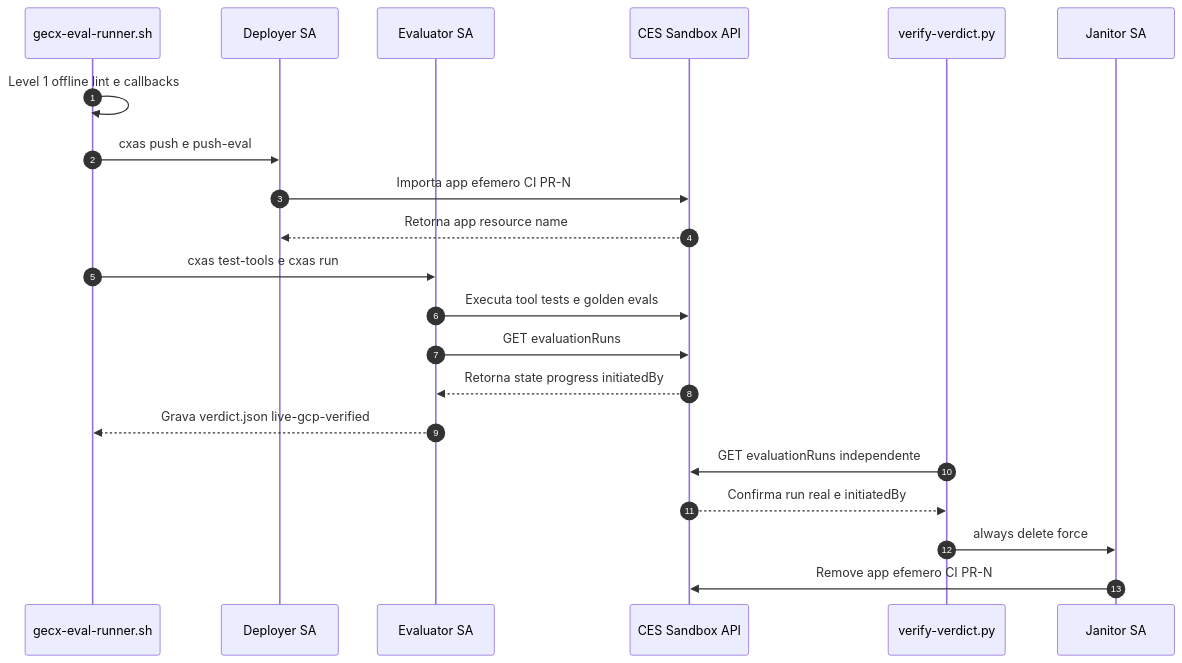
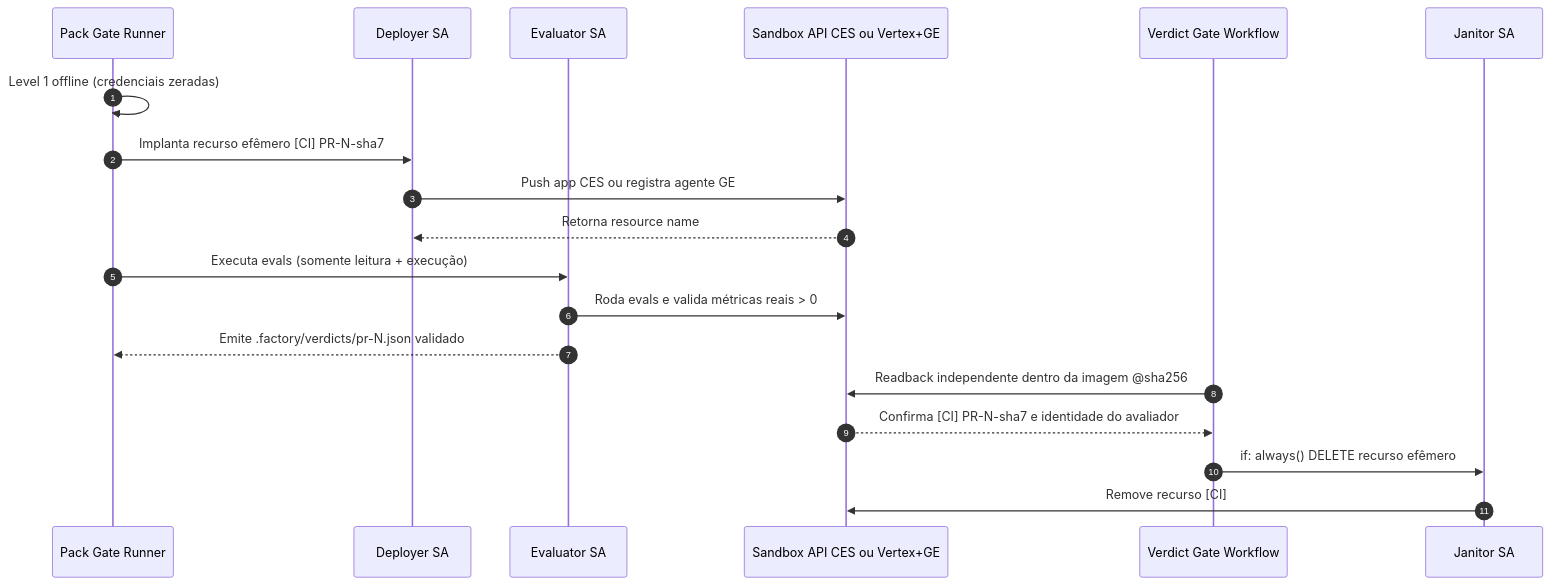
The second of 2 diagrams in docs/HANDS_ON_WALKTHROUGH.md (carlosmscabral/gcp-fde-factories), drawn with Mermaid before and after one commit. The commit also changed other lines of this file and 79 other files, not shown here.

````diff
--- a/docs/HANDS_ON_WALKTHROUGH.md
+++ b/docs/HANDS_ON_WALKTHROUGH.md
@@ -107,24 +122,22 @@
 ```mermaid
 sequenceDiagram
     autonumber
-    participant Runner as gecx-eval-runner.sh
+    participant Runner as Pack Gate Runner
     participant Dep as Deployer SA
     participant Eval as Evaluator SA
-    participant CES as CES Sandbox API
-    participant CI as verify-verdict.py
+    participant GCP as Sandbox API CES ou Vertex+GE
+    participant CI as Verdict Gate Workflow
     participant Jan as Janitor SA
 
-    Runner->>Runner: Level 1 offline lint e callbacks
-    Runner->>Dep: cxas push e push-eval
-    Dep->>CES: Importa app efemero CI PR-N
-    CES-->>Dep: Retorna app resource name
-    Runner->>Eval: cxas test-tools e cxas run
-    Eval->>CES: Executa tool tests e golden evals
-    Eval->>CES: GET evaluationRuns
-    CES-->>Eval: Retorna state progress initiatedBy
-    Eval-->>Runner: Grava verdict.json live-gcp-verified
-    CI->>CES: GET evaluationRuns independente
-    CES-->>CI: Confirma run real e initiatedBy
-    CI->>Jan: always delete force
-    Jan->>CES: Remove app efemero CI PR-N
+    Runner->>Runner: Level 1 offline (credenciais zeradas)
+    Runner->>Dep: Implanta recurso efêmero [CI] PR-N-sha7
+    Dep->>GCP: Push app CES ou registra agente GE
+    GCP-->>Dep: Retorna resource name
+    Runner->>Eval: Executa evals (somente leitura + execução)
+    Eval->>GCP: Roda evals e valida métricas reais > 0
+    Eval-->>Runner: Emite .factory/verdicts/pr-N.json validado
+    CI->>GCP: Readback independente dentro da imagem @sha256
+    GCP-->>CI: Confirma [CI] PR-N-sha7 e identidade do avaliador
+    CI->>Jan: if: always() DELETE recurso efêmero
+    Jan->>GCP: Remove recurso [CI]
 ```
````
